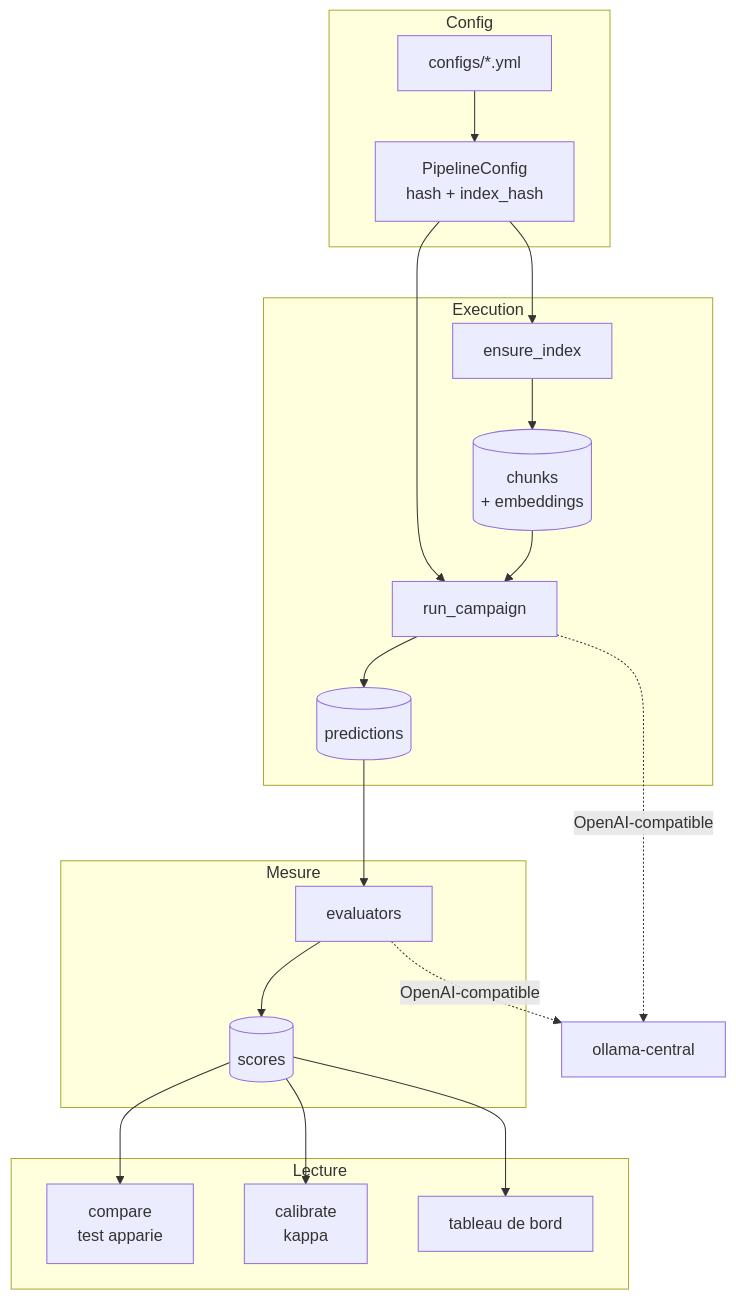
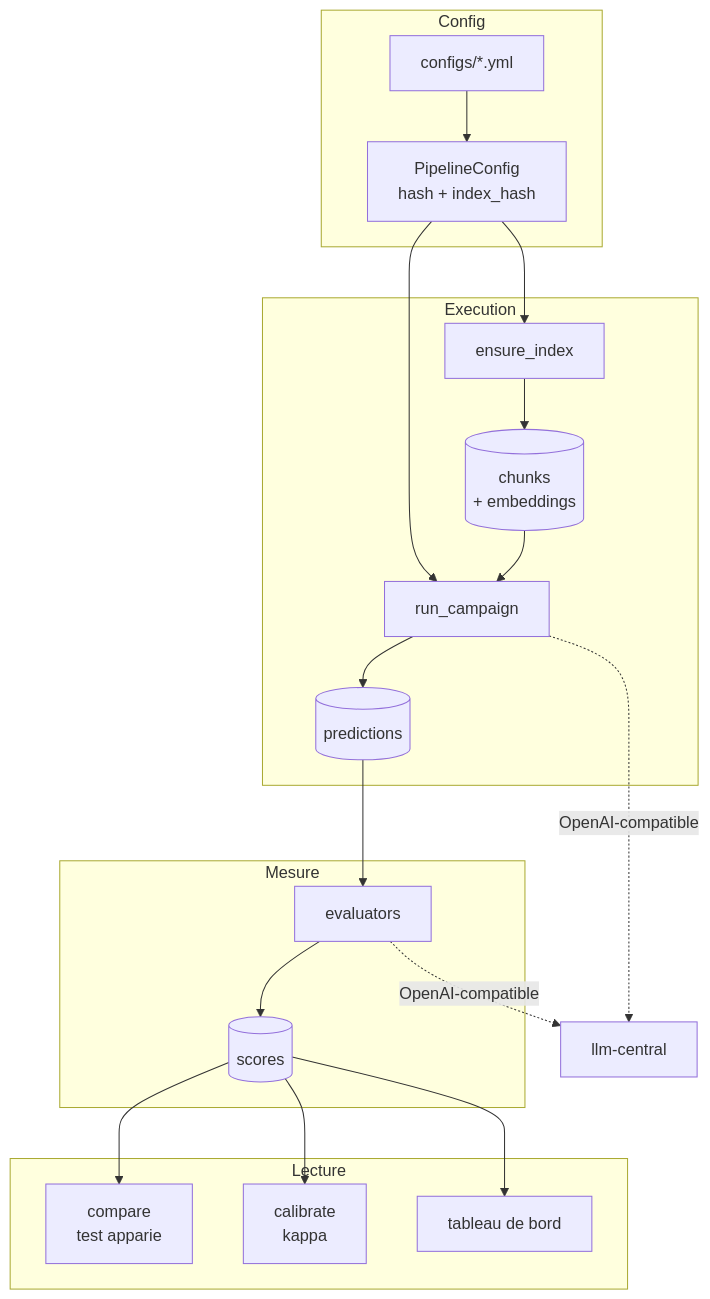
The first of 2 diagrams in docs/ARCHITECTURE.md (floSa/RAG-Eval-Bench), drawn with Mermaid before and after one commit. The commit also changed other lines of this file and 2 other files, not shown here.

Commit message:
Documentation : service LLM central (adresse, alias, clé), procédure de réindexation vers embed

````diff
--- a/docs/ARCHITECTURE.md
+++ b/docs/ARCHITECTURE.md
@@ -81,24 +81,24 @@
 ```mermaid
 flowchart TD
   subgraph Config
     yml[configs/*.yml] --> cfg[PipelineConfig<br/>hash + index_hash]
   end
   subgraph Execution
     cfg --> idx[ensure_index]
     idx --> chunks[(chunks<br/>+ embeddings)]
     cfg --> camp[run_campaign]
     chunks --> camp
     camp --> preds[(predictions)]
   end
   subgraph Mesure
     preds --> ev[evaluators]
     ev --> scores[(scores)]
   end
   subgraph Lecture
     scores --> cmp[compare<br/>test apparie]
     scores --> cal[calibrate<br/>kappa]
     scores --> ui[tableau de bord]
   end
-  camp -.->|OpenAI-compatible| llm[ollama-central]
+  camp -.->|OpenAI-compatible| llm[llm-central]
   ev -.->|OpenAI-compatible| llm
 ```
````
